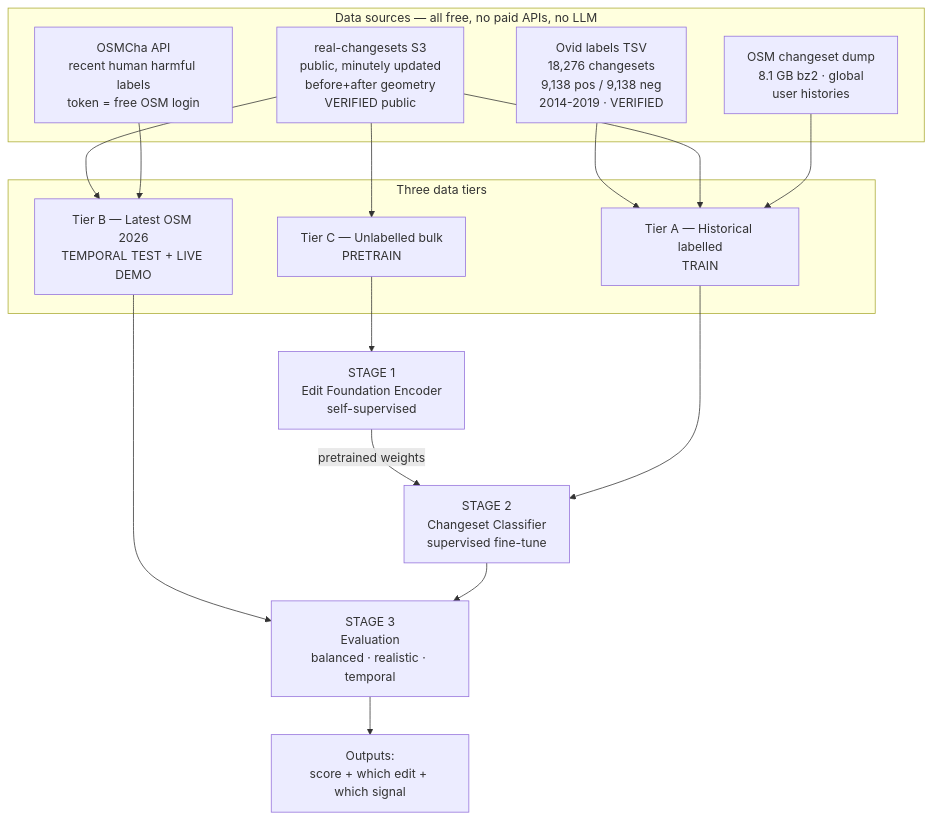
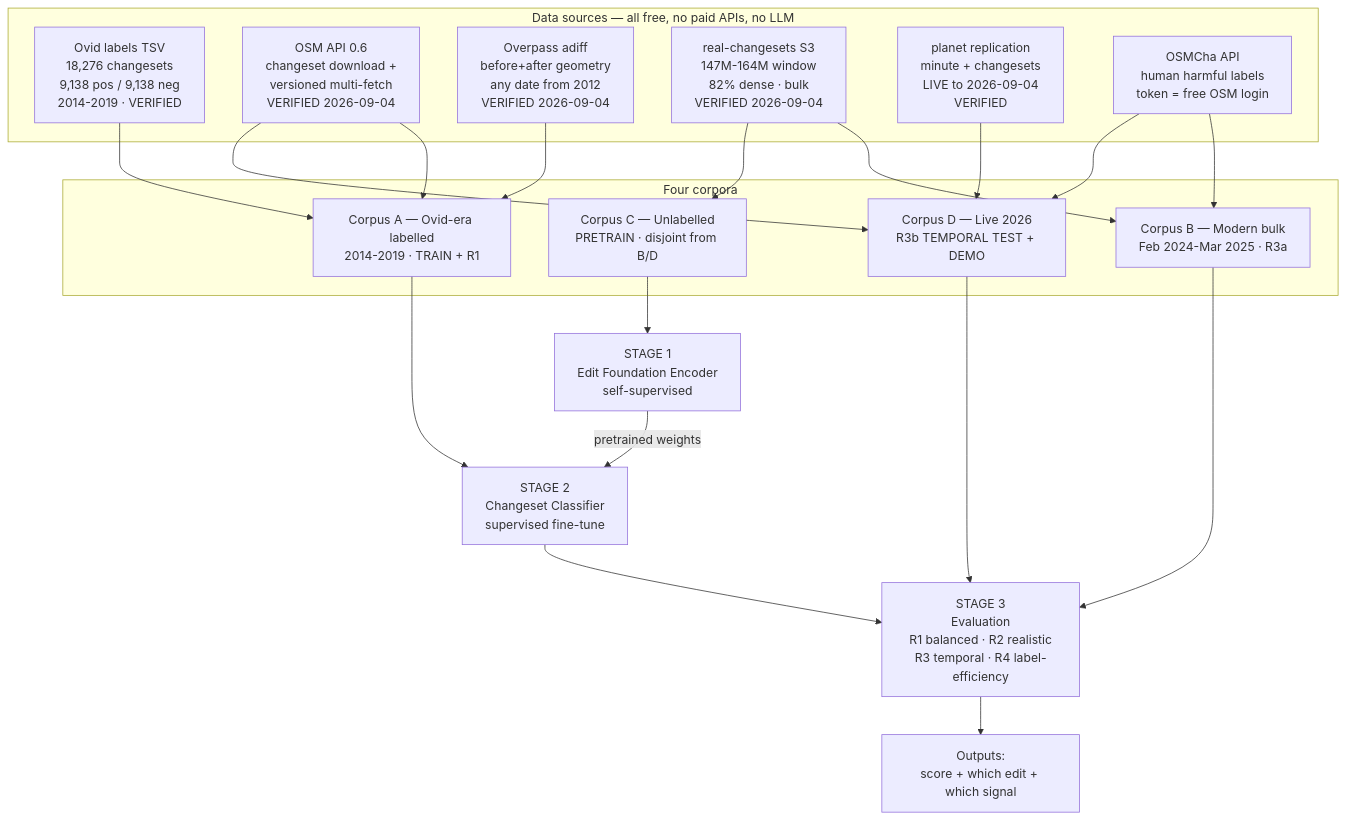
Before and after one commit to anugrah-giantanalytics/osm-mapguard: the first of 4 diagrams in PROJECT_PLAN.md, drawn with Mermaid. The commit also changed other lines of this file and 5 other files, not shown here.

````diff
--- a/PROJECT_PLAN.md
+++ b/PROJECT_PLAN.md
@@ -105,29 +105,36 @@
 ```mermaid
 flowchart TB
     subgraph SRC["Data sources — all free, no paid APIs, no LLM"]
         A1["Ovid labels TSV<br/>18,276 changesets<br/>9,138 pos / 9,138 neg<br/>2014-2019 · VERIFIED"]
-        A2["real-changesets S3<br/>public, minutely updated<br/>before+after geometry<br/>VERIFIED public"]
-        A3["OSM changeset dump<br/>8.1 GB bz2 · global<br/>user histories"]
-        A4["OSMCha API<br/>recent human harmful labels<br/>token = free OSM login"]
+        A2["OSM API 0.6<br/>changeset download +<br/>versioned multi-fetch<br/>VERIFIED 2026-09-04"]
+        A3["Overpass adiff<br/>before+after geometry<br/>any date from 2012<br/>VERIFIED 2026-09-04"]
+        A4["real-changesets S3<br/>147M-164M window<br/>82% dense · bulk<br/>VERIFIED 2026-09-04"]
+        A5["planet replication<br/>minute + changesets<br/>LIVE to 2026-09-04<br/>VERIFIED"]
+        A6["OSMCha API<br/>human harmful labels<br/>token = free OSM login"]
     end
 
-    subgraph TIER["Three data tiers"]
-        T1["Tier A — Historical labelled<br/>TRAIN"]
-        T2["Tier B — Latest OSM 2026<br/>TEMPORAL TEST + LIVE DEMO"]
-        T3["Tier C — Unlabelled bulk<br/>PRETRAIN"]
+    subgraph TIER["Four corpora"]
+        T1["Corpus A — Ovid-era labelled<br/>2014-2019 · TRAIN + R1"]
+        T2["Corpus B — Modern bulk<br/>Feb 2024-Mar 2025 · R3a"]
+        T3["Corpus C — Unlabelled<br/>PRETRAIN · disjoint from B/D"]
+        T4["Corpus D — Live 2026<br/>R3b TEMPORAL TEST + DEMO"]
     end
 
     A1 --> T1
     A2 --> T1
-    A2 --> T2
-    A2 --> T3
     A3 --> T1
     A4 --> T2
+    A4 --> T3
+    A5 --> T4
+    A2 --> T4
+    A6 --> T2
+    A6 --> T4
 
     T3 --> S1["STAGE 1<br/>Edit Foundation Encoder<br/>self-supervised"]
     S1 -->|"pretrained weights"| S2["STAGE 2<br/>Changeset Classifier<br/>supervised fine-tune"]
     T1 --> S2
-    T2 --> EV["STAGE 3<br/>Evaluation<br/>balanced · realistic · temporal"]
+    T2 --> EV["STAGE 3<br/>Evaluation<br/>R1 balanced · R2 realistic<br/>R3 temporal · R4 label-efficiency"]
+    T4 --> EV
     S2 --> EV
     EV --> OUT["Outputs:<br/>score + which edit + which signal"]
 ```
````
